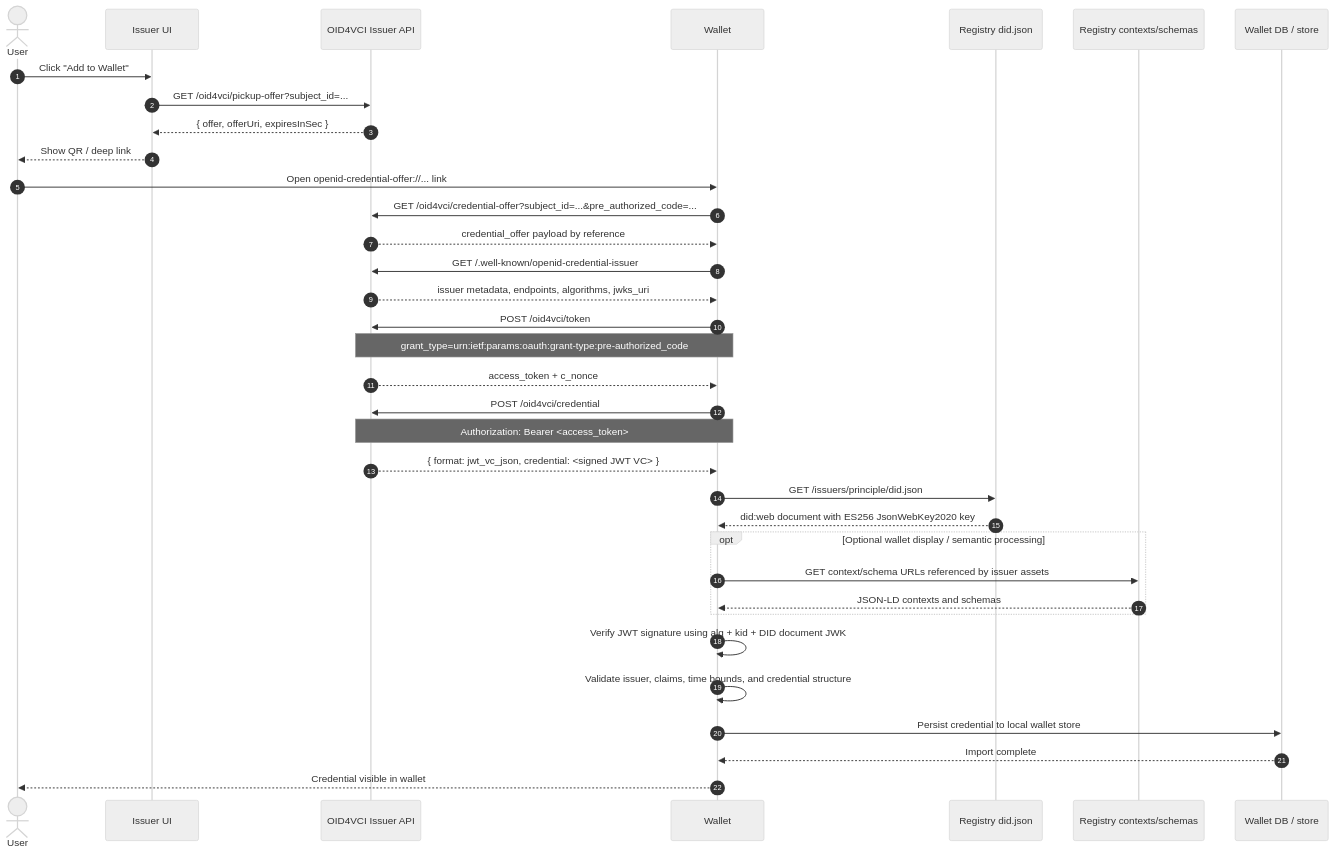
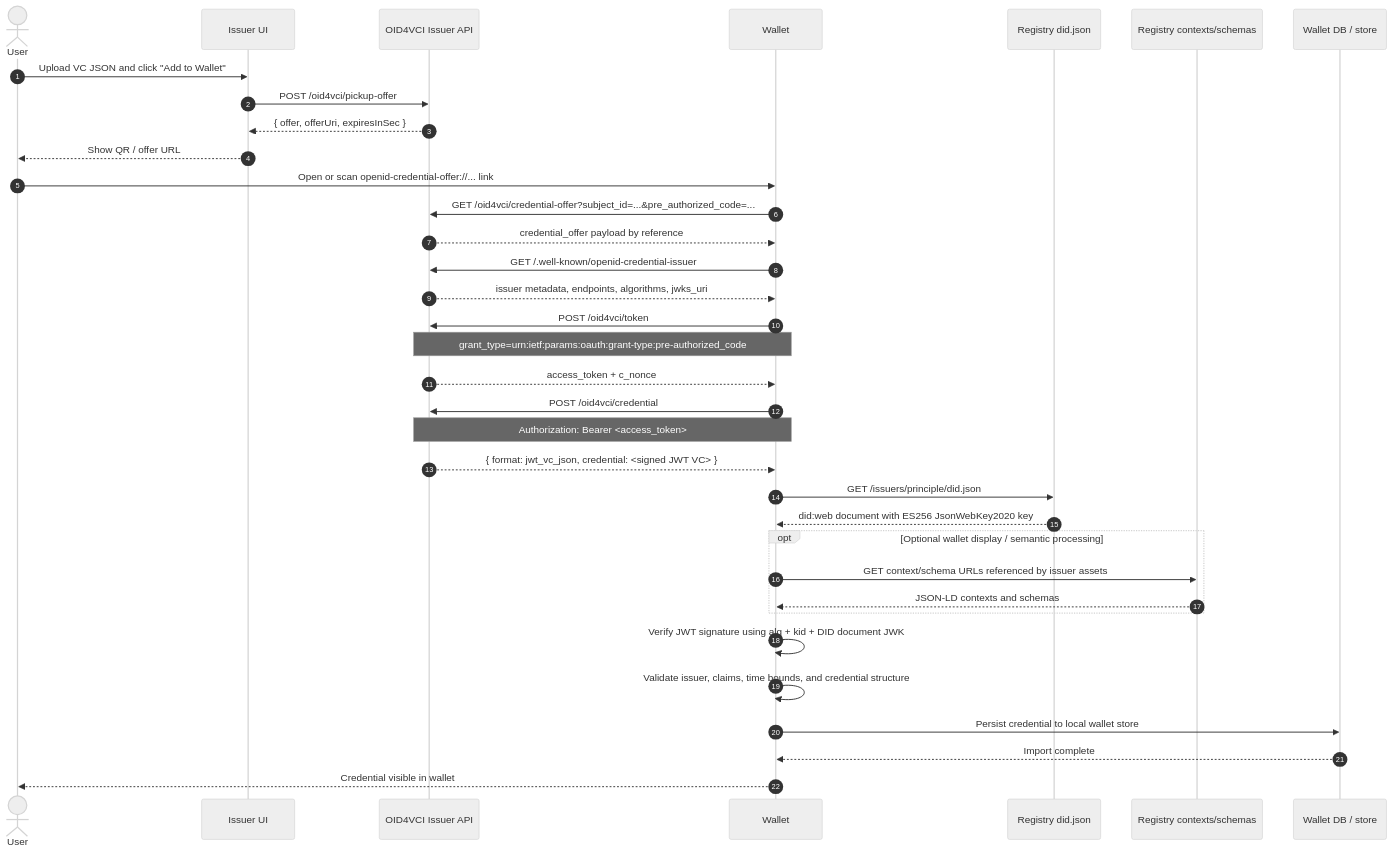
The diagram in docs/wallet-verification-import-flow.md (huypengin/IU-VC-Cert-University), drawn with Mermaid (neutral theme) before and after one commit. The commit also changed other lines of this file and 18 other files, not shown here.

````diff
--- a/docs/wallet-verification-import-flow.md
+++ b/docs/wallet-verification-import-flow.md
@@ -30,45 +30,45 @@
 ```mermaid
 sequenceDiagram
     autonumber
     actor User
     participant UI as Issuer UI
     participant API as OID4VCI Issuer API
     participant Wallet as Wallet
     participant DID as Registry did.json
     participant Registry as Registry contexts/schemas
     participant DB as Wallet DB / store
 
-    User->>UI: Click "Add to Wallet"
-    UI->>API: GET /oid4vci/pickup-offer?subject_id=...
+    User->>UI: Upload VC JSON and click "Add to Wallet"
+    UI->>API: POST /oid4vci/pickup-offer
     API-->>UI: { offer, offerUri, expiresInSec }
-    UI-->>User: Show QR / deep link
+    UI-->>User: Show QR / offer URL
 
-    User->>Wallet: Open openid-credential-offer://... link
+    User->>Wallet: Open or scan openid-credential-offer://... link
     Wallet->>API: GET /oid4vci/credential-offer?subject_id=...&pre_authorized_code=...
     API-->>Wallet: credential_offer payload by reference
 
     Wallet->>API: GET /.well-known/openid-credential-issuer
     API-->>Wallet: issuer metadata, endpoints, algorithms, jwks_uri
 
     Wallet->>API: POST /oid4vci/token
     Note over Wallet,API: grant_type=urn:ietf:params:oauth:grant-type:pre-authorized_code
     API-->>Wallet: access_token + c_nonce
 
     Wallet->>API: POST /oid4vci/credential
     Note over Wallet,API: Authorization: Bearer <access_token>
     API-->>Wallet: { format: jwt_vc_json, credential: <signed JWT VC> }
 
     Wallet->>DID: GET /issuers/principle/did.json
     DID-->>Wallet: did:web document with ES256 JsonWebKey2020 key
 
     opt Optional wallet display / semantic processing
         Wallet->>Registry: GET context/schema URLs referenced by issuer assets
         Registry-->>Wallet: JSON-LD contexts and schemas
     end
 
     Wallet->>Wallet: Verify JWT signature using alg + kid + DID document JWK
     Wallet->>Wallet: Validate issuer, claims, time bounds, and credential structure
     Wallet->>DB: Persist credential to local wallet store
     DB-->>Wallet: Import complete
     Wallet-->>User: Credential visible in wallet
 ```
````
